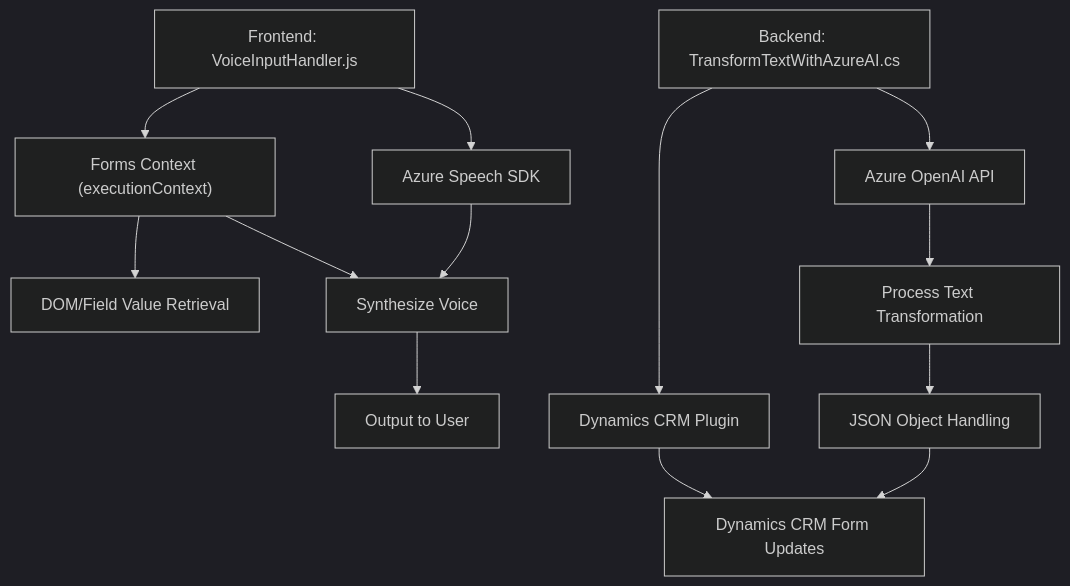
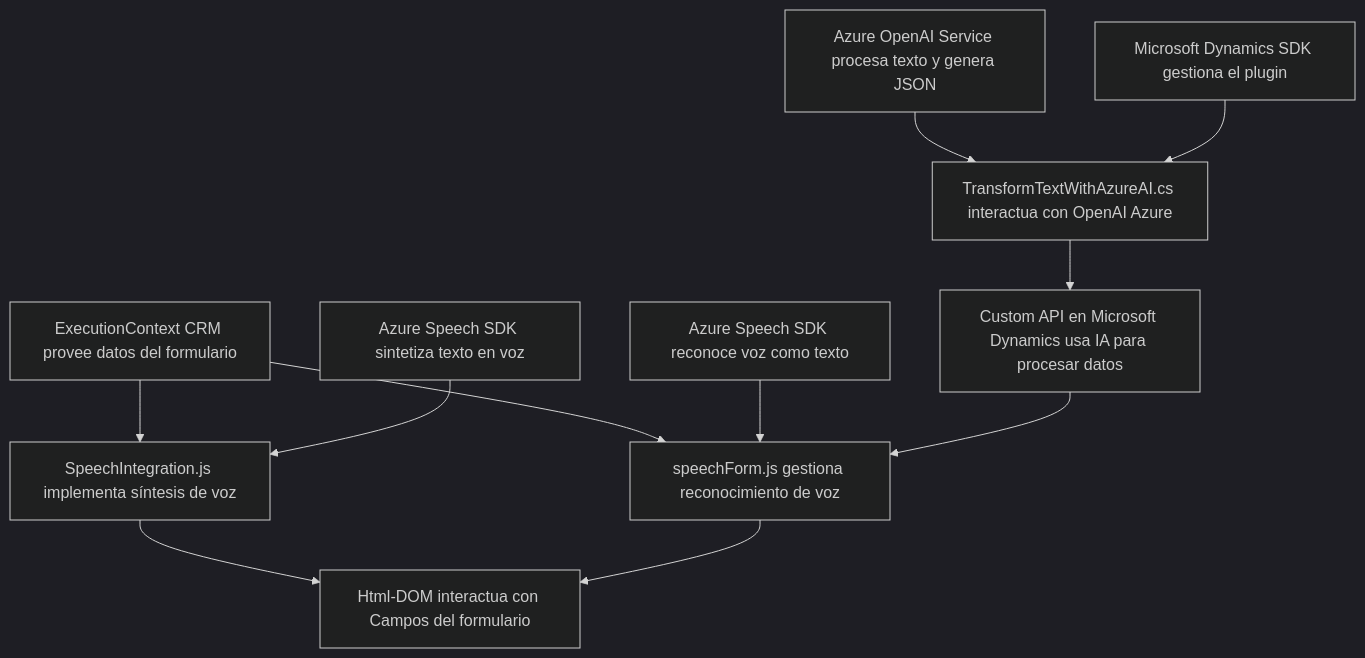
Before and after one commit to blopezdm/NETCORE_BILBAO2025: the diagram in README.md, drawn with Mermaid (dark theme). The commit also changed other lines of this file, not shown here.

Commit message:
Actualizar análisis global de la solución con IA

````diff
--- a/README.md
+++ b/README.md
@@ -53,16 +37,14 @@
 ```mermaid
 graph TD
-    A["Frontend: VoiceInputHandler.js"] --> B["Azure Speech SDK"]
-    A --> C["Forms Context (executionContext)"]
-    C --> D["DOM/Field Value Retrieval"]
-    B --> E["Synthesize Voice"]
-    C --> E
-    E --> F["Output to User"]
-    
-    G["Backend: TransformTextWithAzureAI.cs"] --> H["Dynamics CRM Plugin"]
-    G --> I["Azure OpenAI API"]
-    I --> J["Process Text Transformation"]
-    J --> K["JSON Object Handling"]
-    K --> L["Dynamics CRM Form Updates"]
-    H --> L
+    A["Html-DOM interactua con Campos del formulario"]
+    B["SpeechIntegration.js implementa síntesis de voz"] --> A
+    C["speechForm.js gestiona reconocimiento de voz"] --> A
+    D["ExecutionContext CRM provee datos del formulario"] --> B
+    D --> C
+    E["Azure Speech SDK sintetiza texto en voz"] --> B
+    F["Azure Speech SDK reconoce voz como texto"] --> C
+    G["Custom API en Microsoft Dynamics usa IA para procesar datos"] --> C
+    H["TransformTextWithAzureAI.cs interactua con OpenAI Azure"] --> G
+    I["Azure OpenAI Service procesa texto y genera JSON"] --> H
+    J["Microsoft Dynamics SDK gestiona el plugin"] --> H
 ```
````
